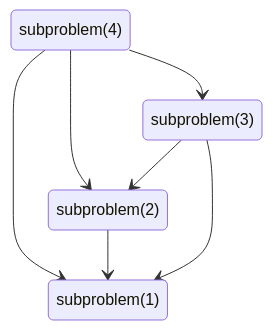
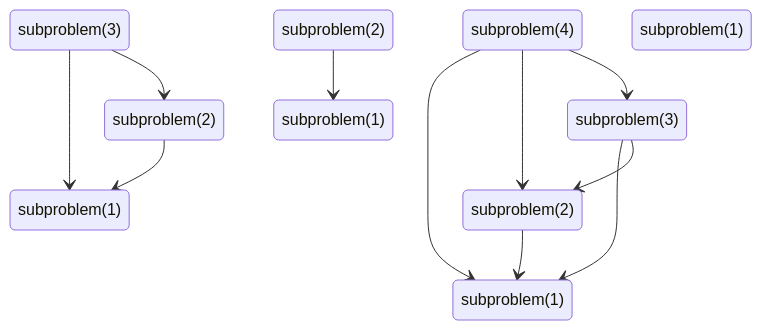
One commit to frankymacster/my-learnings changed the second of 3 diagrams in algorithms-longest-increasing-subsequence.md. Above: the diagram before and after it, drawn with Mermaid. The commit also changed other lines of this file, not shown here.

````diff
--- a/algorithms-longest-increasing-subsequence.md
+++ b/algorithms-longest-increasing-subsequence.md
@@ -56,11 +75,32 @@
 ```mermaid
+
 stateDiagram-v2
-    subproblem(4) --> subproblem(1)
-    subproblem(4) --> subproblem(2)
-    subproblem(4) --> subproblem(3)
+    A : subproblem(4)
+    B : subproblem(3)
+    C : subproblem(2)
+    D : subproblem(1)
+    A --> D
+    A --> C
+    A --> B
     
-    subproblem(2) --> subproblem(1)
+    C --> D
 
-    subproblem(3) --> subproblem(1)
-    subproblem(3) --> subproblem(2)
+    B --> D
+    B --> C
+
+    AB : subproblem(3)
+    AC : subproblem(2)
+    AD : subproblem(1)
+    
+    AC --> AD
+
+    AB --> AD
+    AB --> AC
+
+    BC : subproblem(2)
+    BD : subproblem(1)
+    
+    BC --> BD
+
+    CD : subproblem(1)
 ```
````
